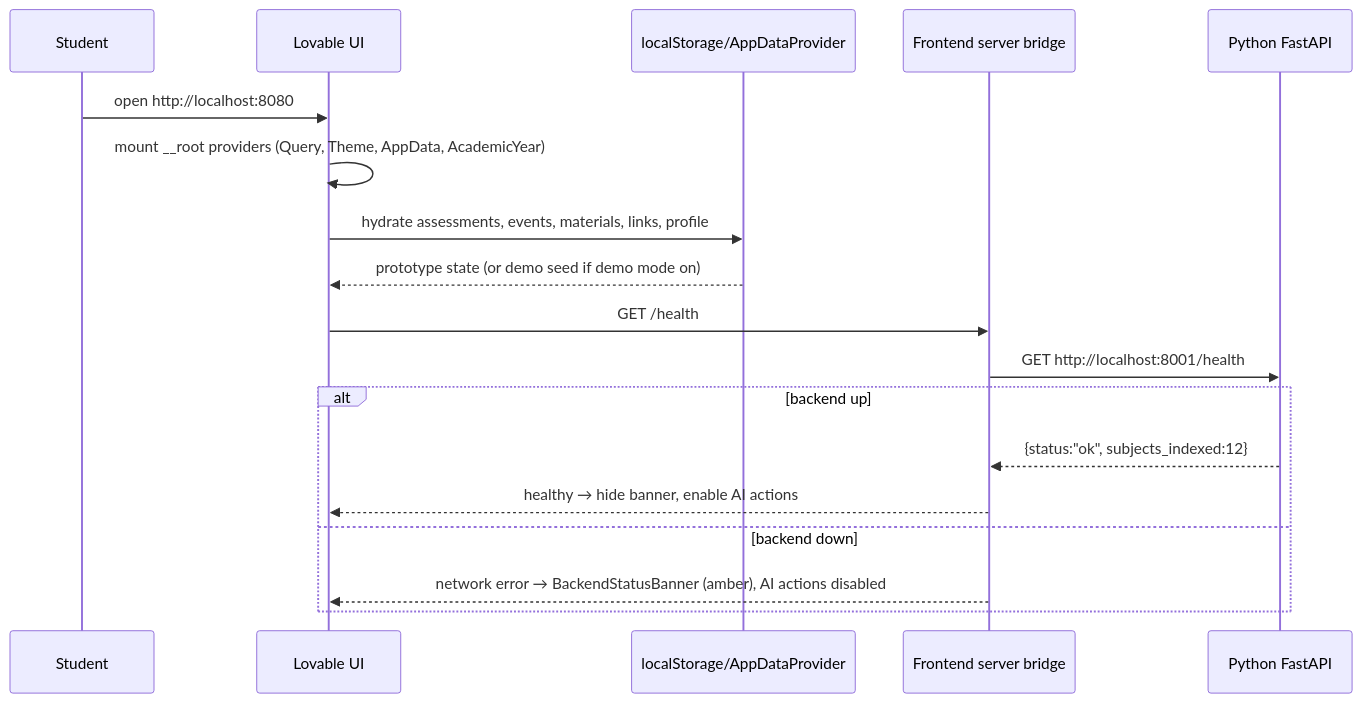
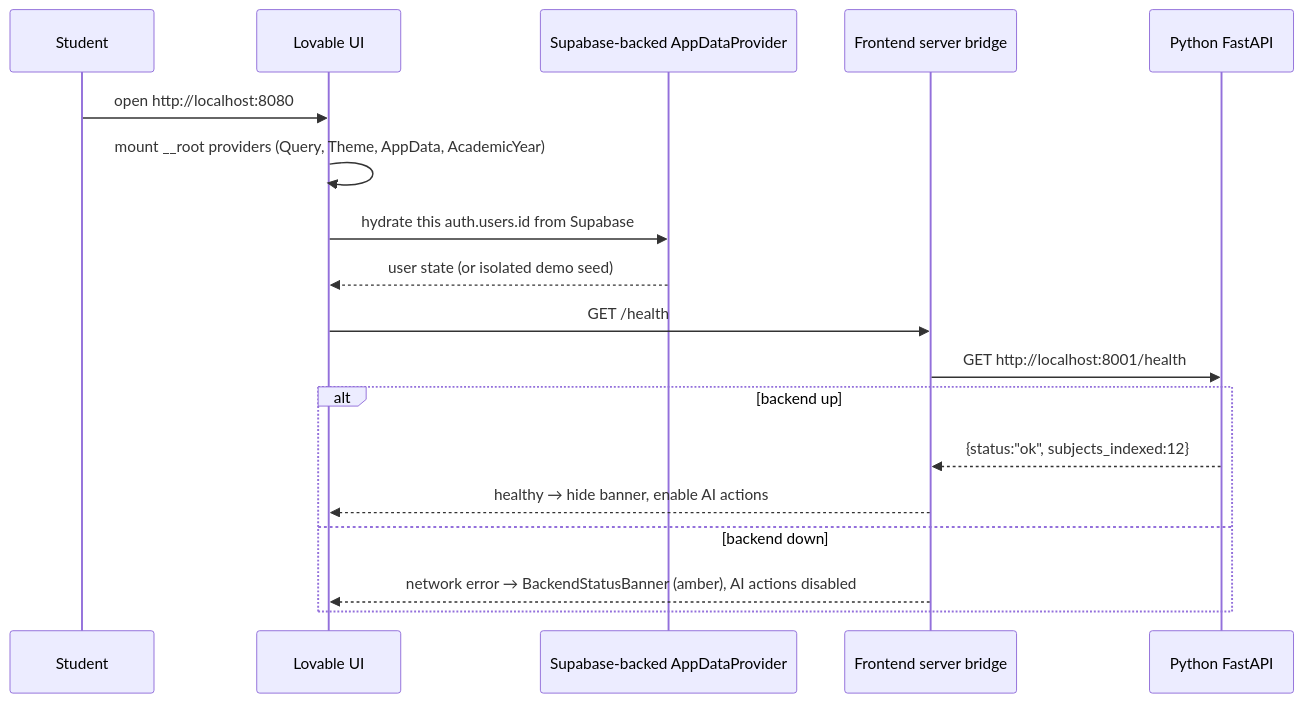
Before and after one commit to keyshavmor/study-swiss-star: the first of 14 diagrams in docs/USER_FLOWS.md, drawn with Mermaid. The commit also changed other lines of this file and 118 other files, not shown here.

````diff
--- a/docs/USER_FLOWS.md
+++ b/docs/USER_FLOWS.md
@@ -11,20 +11,20 @@
 ```mermaid
 sequenceDiagram
     participant Student
     participant UI as Lovable UI
-    participant LS as localStorage/AppDataProvider
+    participant LS as Supabase-backed AppDataProvider
     participant SF as Frontend server bridge
     participant PY as Python FastAPI
     Student->>UI: open http://localhost:8080
     UI->>UI: mount __root providers (Query, Theme, AppData, AcademicYear)
-    UI->>LS: hydrate assessments, events, materials, links, profile
-    LS-->>UI: prototype state (or demo seed if demo mode on)
+    UI->>LS: hydrate this auth.users.id from Supabase
+    LS-->>UI: user state (or isolated demo seed)
     UI->>SF: GET /health
     SF->>PY: GET http://localhost:8001/health
     alt backend up
         PY-->>SF: {status:"ok", subjects_indexed:12}
         SF-->>UI: healthy → hide banner, enable AI actions
     else backend down
         SF-->>UI: network error → BackendStatusBanner (amber), AI actions disabled
     end
 ```
````
